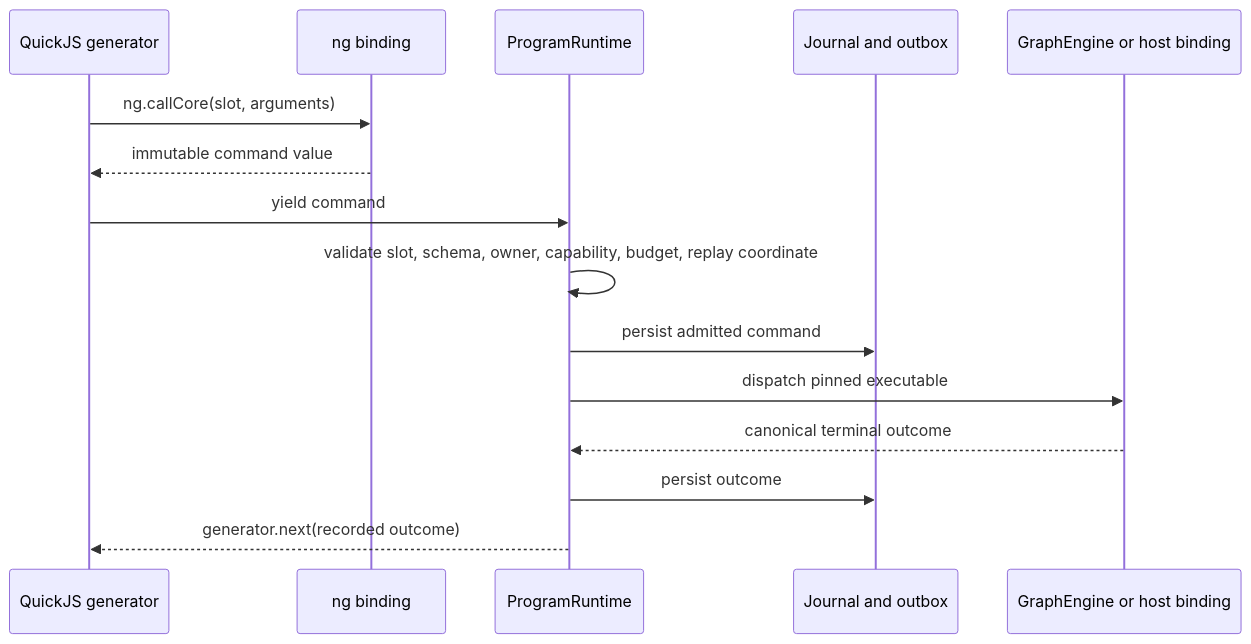
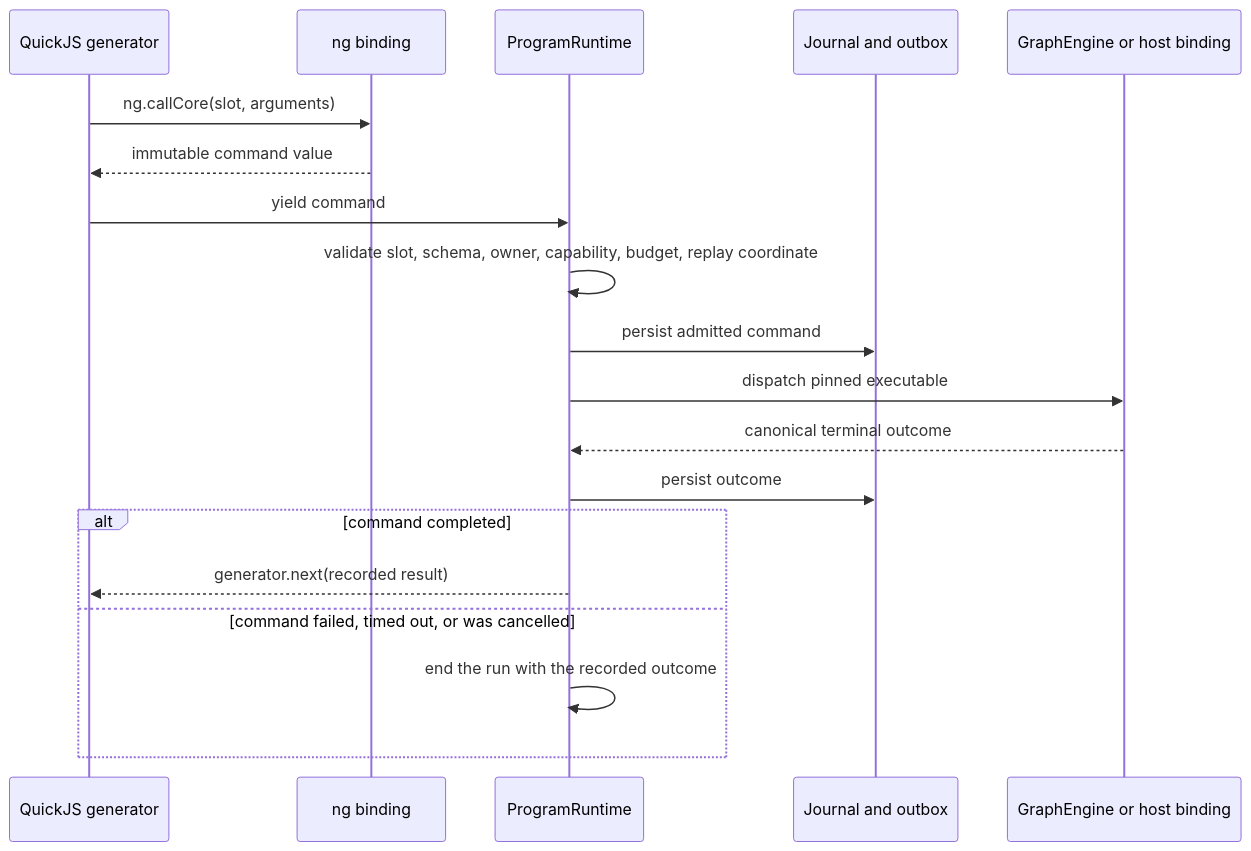
One commit to fox1245/NeoGraph changed the second of 3 diagrams in docs/QUICKJS_PUBLIC_AUTHORING_BOUNDARY.md. Above: the diagram before and after it, drawn with Mermaid. The commit also changed other lines of this file and 2 other files, not shown here.

First line of the commit message:
docs(program): make the QuickJS main() examples match the runtime (#370)

````diff
--- a/docs/QUICKJS_PUBLIC_AUTHORING_BOUNDARY.md
+++ b/docs/QUICKJS_PUBLIC_AUTHORING_BOUNDARY.md
@@ -189,21 +211,25 @@
 ```mermaid
 sequenceDiagram
     accTitle: Durable JavaScript Command Execution
     accDescr: The generator yields a canonical command, while ProgramRuntime owns validation, durable publication, dispatch, result recording, and the resume boundary.
 
     participant js as QuickJS generator
     participant binding as ng binding
     participant runtime as ProgramRuntime
     participant journal as Journal and outbox
     participant engine as GraphEngine or host binding
 
     js->>binding: ng.callCore(slot, arguments)
     binding-->>js: immutable command value
     js->>runtime: yield command
     runtime->>runtime: validate slot, schema, owner, capability, budget, replay coordinate
     runtime->>journal: persist admitted command
     runtime->>engine: dispatch pinned executable
     engine-->>runtime: canonical terminal outcome
     runtime->>journal: persist outcome
-    runtime-->>js: generator.next(recorded outcome)
+    alt command completed
+        runtime-->>js: generator.next(recorded result)
+    else command failed, timed out, or was cancelled
+        runtime->>runtime: end the run with the recorded outcome
+    end
 ```
````
